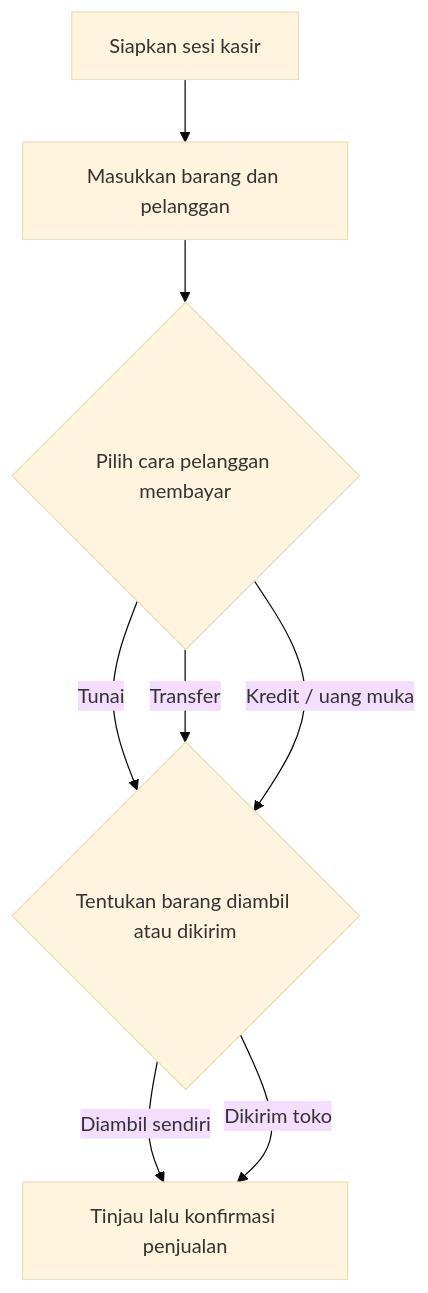
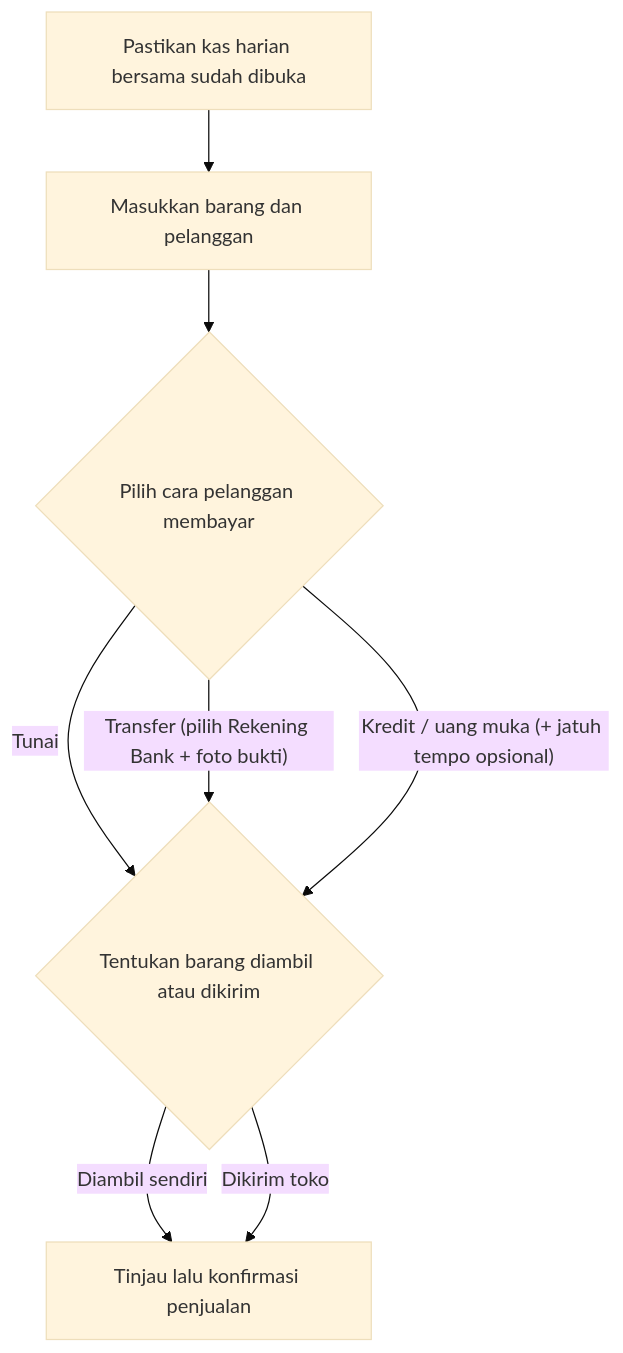
The first of 10 diagrams in docx/DIAGRAM.md (Bagas10k/kasir-bangunan), drawn with Mermaid (base theme) before and after one commit. The commit also changed other lines of this file and 52 other files, not shown here.

````diff
--- a/docx/DIAGRAM.md
+++ b/docx/DIAGRAM.md
@@ -14,15 +14,15 @@
 ```mermaid
 flowchart TD
-    n0["Siapkan sesi kasir"]
+    n0["Pastikan kas harian bersama sudah dibuka"]
     n1["Masukkan barang dan pelanggan"]
     n2{"Pilih cara pelanggan membayar"}
     n3{"Tentukan barang diambil atau dikirim"}
     n4["Tinjau lalu konfirmasi penjualan"]
     n0 --> n1
     n1 --> n2
     n2 -->|"Tunai"| n3
-    n2 -->|"Transfer"| n3
-    n2 -->|"Kredit / uang muka"| n3
+    n2 -->|"Transfer (pilih Rekening Bank + foto bukti)"| n3
+    n2 -->|"Kredit / uang muka (+ jatuh tempo opsional)"| n3
     n3 -->|"Diambil sendiri"| n4
     n3 -->|"Dikirim toko"| n4
 ```
````
